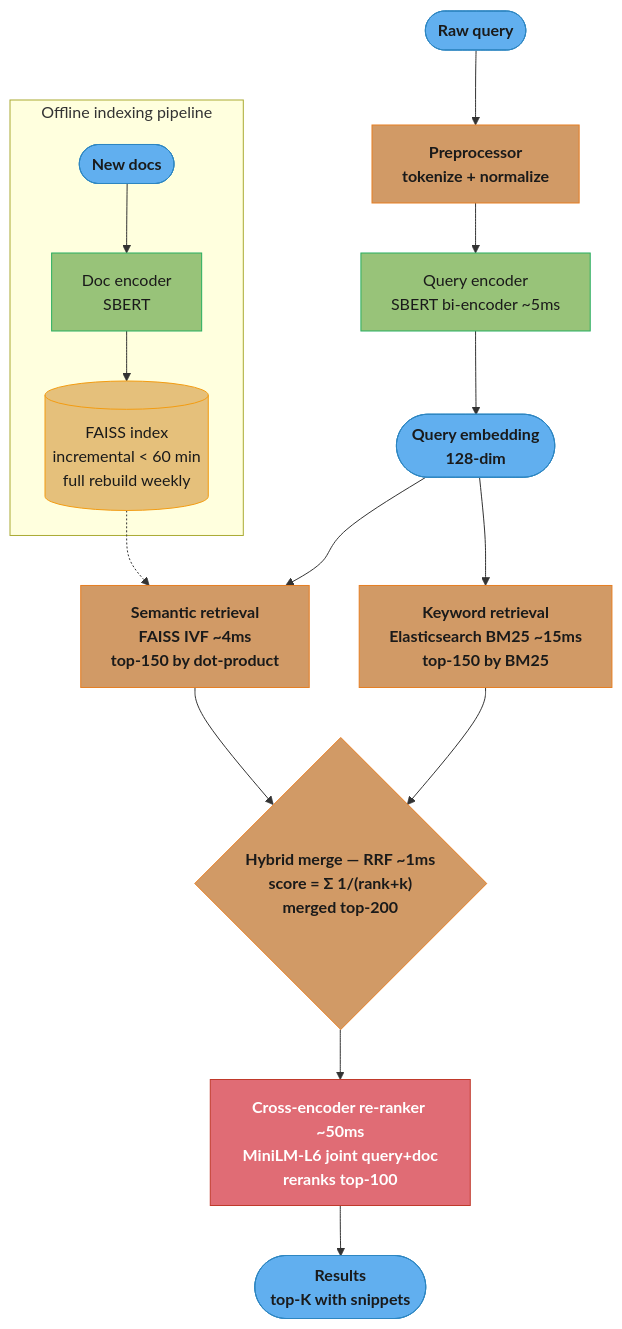
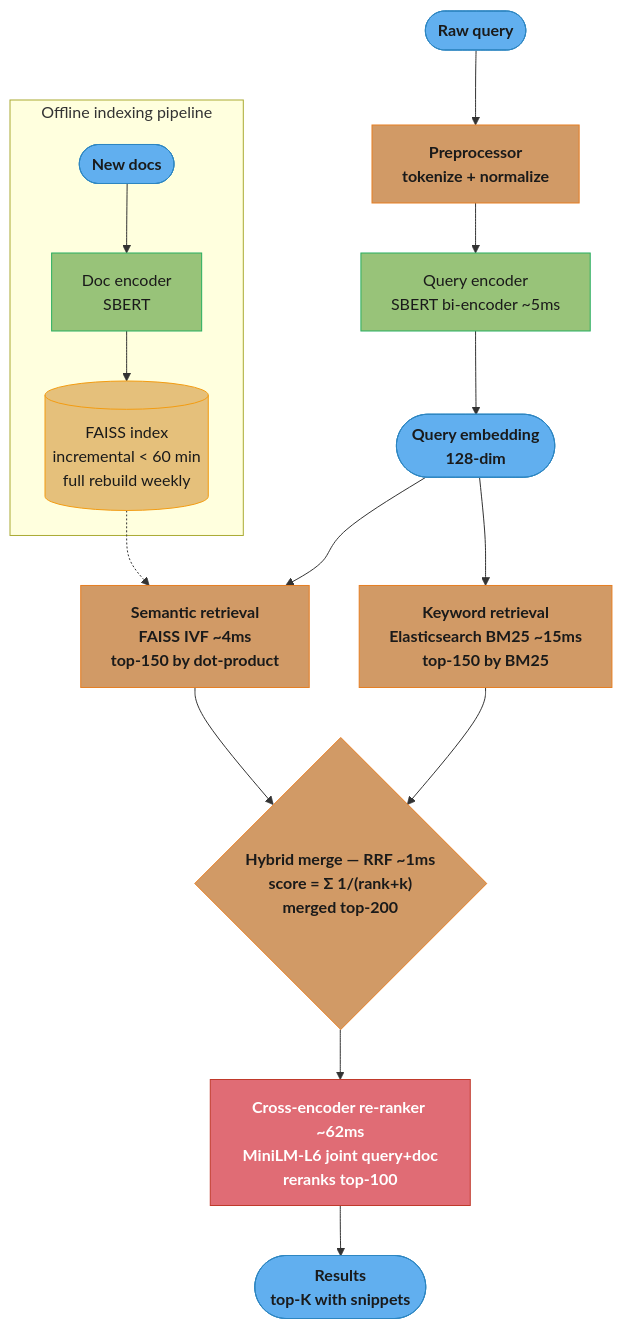
Before and after one commit to rppol/system-design: the diagram in src/main/java/com/rutik/systemdesign/ml/case_studies/design_semantic_search_engine.md, drawn with Mermaid. The commit also changed other lines of this file and 114 other files, not shown here.

````diff
--- a/src/main/java/com/rutik/systemdesign/ml/case_studies/design_semantic_search_engine.md
+++ b/src/main/java/com/rutik/systemdesign/ml/case_studies/design_semantic_search_engine.md
@@ -72,34 +72,34 @@
 ```mermaid
 flowchart TD
     classDef io      fill:#61afef,stroke:#2e86c1,color:#1a1a1a,font-weight:bold
     classDef train   fill:#98c379,stroke:#27ae60,color:#1a1a1a
     classDef mathOp  fill:#d19a66,stroke:#e67e22,color:#1a1a1a,font-weight:bold
     classDef lossN   fill:#e06c75,stroke:#c0392b,color:#fff,font-weight:bold
     classDef base    fill:#e5c07b,stroke:#f39c12,color:#1a1a1a
 
     Q(["Raw query"]) --> PP["Preprocessor\ntokenize + normalize"]
     PP --> QE["Query encoder\nSBERT bi-encoder ~5ms"]
     QE --> EMB(["Query embedding\n128-dim"])
 
     EMB --> SR["Semantic retrieval\nFAISS IVF ~4ms\ntop-150 by dot-product"]
     EMB --> KR["Keyword retrieval\nElasticsearch BM25 ~15ms\ntop-150 by BM25"]
 
     SR --> RRF{"Hybrid merge — RRF ~1ms\nscore = Σ 1/(rank+k)\nmerged top-200"}
     KR --> RRF
 
-    RRF --> CE["Cross-encoder re-ranker ~50ms\nMiniLM-L6 joint query+doc\nreranks top-100"]
+    RRF --> CE["Cross-encoder re-ranker ~62ms\nMiniLM-L6 joint query+doc\nreranks top-100"]
     CE --> RES(["Results\ntop-K with snippets"])
 
     subgraph OFF["Offline indexing pipeline"]
         ND(["New docs"]) --> DE["Doc encoder\nSBERT"]
         DE --> IDX[("FAISS index\nincremental < 60 min\nfull rebuild weekly")]
     end
 
     IDX -.-> SR
 
     class Q,EMB,RES,ND io
     class QE,DE train
     class PP,SR,KR,RRF mathOp
     class CE lossN
     class IDX base
 ```
````
